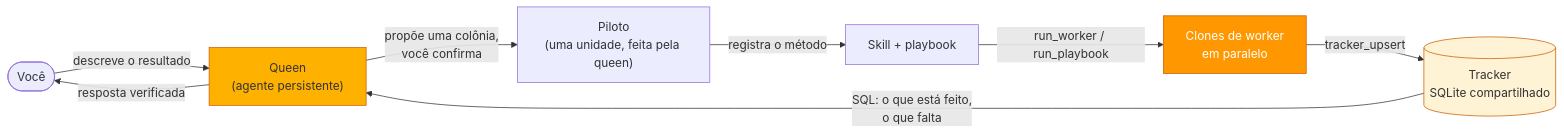
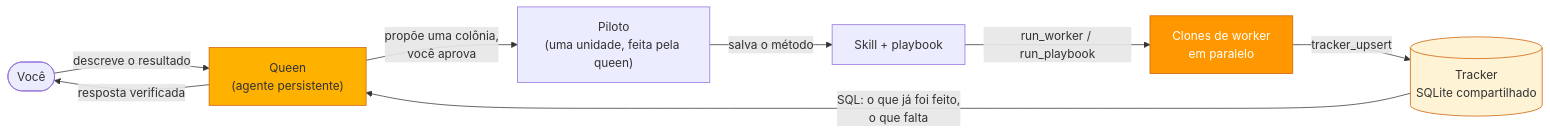
One commit to 23821/hive changed the diagram in docs/i18n/pt.md. Above: the diagram before and after it, drawn with Mermaid. The commit also changed other lines of this file and 6 other files, not shown here.

````diff
--- a/docs/i18n/pt.md
+++ b/docs/i18n/pt.md
@@ -76,14 +79,14 @@
 ```mermaid
 flowchart LR
     You(["Você"]) -->|"descreve o resultado"| Queen["Queen<br/>(agente persistente)"]
-    Queen -->|"propõe uma colônia,<br/>você confirma"| Pilot["Piloto<br/>(uma unidade, feita pela queen)"]
-    Pilot -->|"registra o método"| Skill["Skill + playbook"]
+    Queen -->|"propõe uma colônia,<br/>você aprova"| Pilot["Piloto<br/>(uma unidade, feita pela queen)"]
+    Pilot -->|"salva o método"| Skill["Skill + playbook"]
     Skill -->|"run_worker / run_playbook"| W["Clones de worker<br/>em paralelo"]
     W -->|"tracker_upsert"| T[("Tracker<br/>SQLite compartilhado")]
-    T -->|"SQL: o que está feito,<br/>o que falta"| Queen
+    T -->|"SQL: o que já foi feito,<br/>o que falta"| Queen
     Queen -->|"resposta verificada"| You
 
     style Queen fill:#ffb100,stroke:#cc5d00,color:#333
     style T fill:#fff3d6,stroke:#cc5d00,color:#333
     style W fill:#ff9800,stroke:#cc5d00,color:#fff
 ```
````
